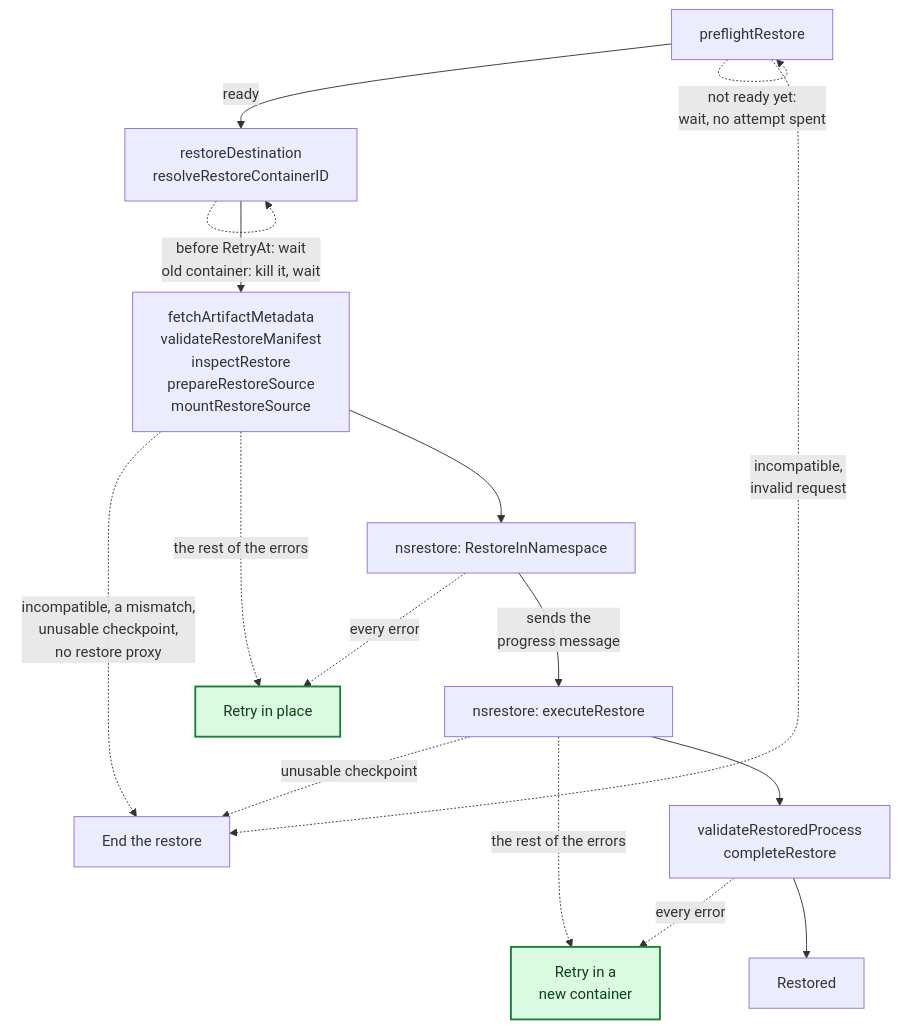
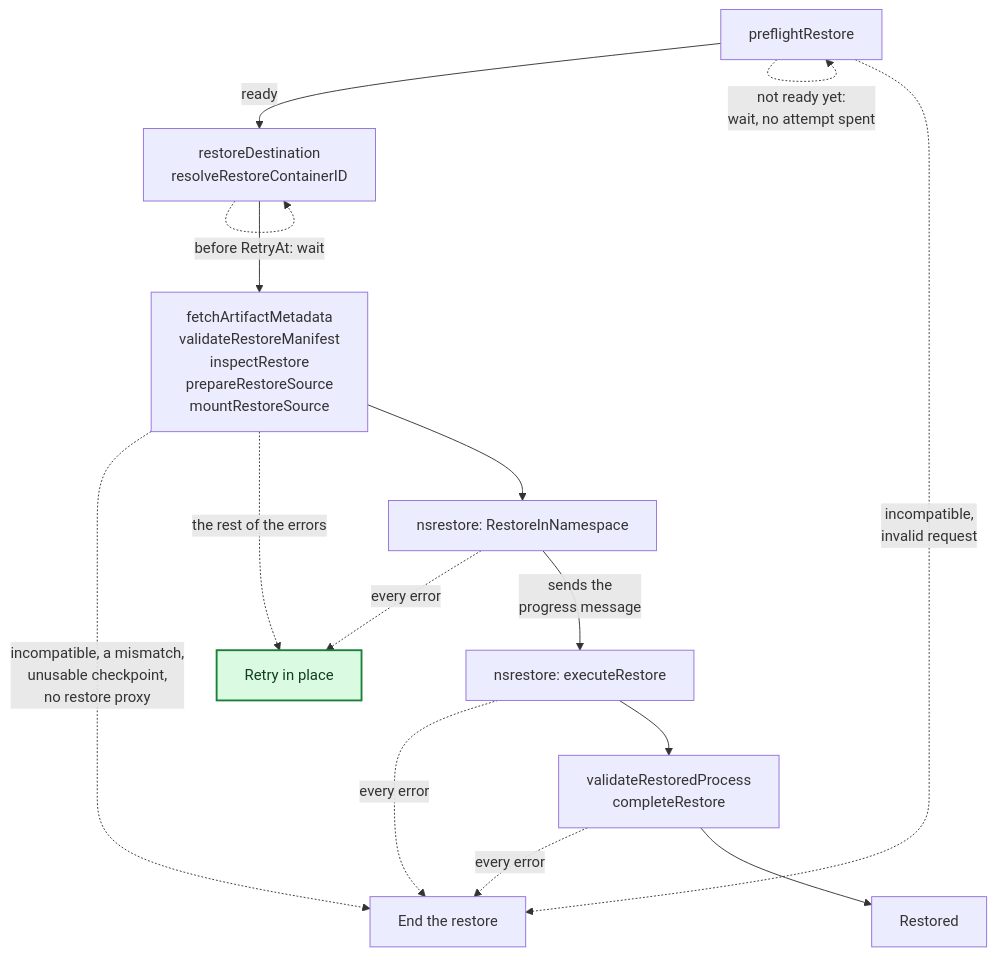
One commit to ai-dynamo/snapshot changed the diagram in docs/proposals/247-restore-retry/README.md. Above: the diagram before and after it, drawn with Mermaid. The commit also changed other lines of this file, not shown here.

Commit message:
docs: retry a restore only in the same container, and end it once the container changed

````diff
--- a/docs/proposals/247-restore-retry/README.md
+++ b/docs/proposals/247-restore-retry/README.md
@@ -75,22 +75,21 @@
 ```mermaid
 %%{init: {"flowchart": {"wrappingWidth": 400}}}%%
 flowchart TD
     Preflight["preflightRestore"] -->|ready| Dest["restoreDestination<br/>resolveRestoreContainerID"]
     Preflight -.->|"not ready yet:<br/>wait, no attempt spent"| Preflight
     Preflight -.->|"incompatible,<br/>invalid request"| End["End the restore"]
-    Dest -.->|"before RetryAt: wait<br/>old container: kill it, wait"| Dest
+    Dest -.->|"before RetryAt: wait"| Dest
     Dest --> Prepare["fetchArtifactMetadata<br/>validateRestoreManifest<br/>inspectRestore<br/>prepareRestoreSource<br/>mountRestoreSource"]
     Prepare -.->|"incompatible, a mismatch,<br/>unusable checkpoint,<br/>no restore proxy"| End
     Prepare -.->|"the rest of the errors"| InPlace["Retry in place"]
     Prepare --> NsPrepare["nsrestore: RestoreInNamespace"]
     NsPrepare -.->|"every error"| InPlace
     NsPrepare -->|"sends the<br/>progress message"| NsChange["nsrestore: executeRestore"]
-    NsChange -.->|"unusable checkpoint"| End
-    NsChange -.->|"the rest of the errors"| Fresh["Retry in a<br/>new container"]
+    NsChange -.->|"every error"| End
     NsChange --> Finish["validateRestoredProcess<br/>completeRestore"]
-    Finish -.->|"every error"| Fresh
+    Finish -.->|"every error"| End
     Finish --> Done["Restored"]
 
     classDef new fill:#dafbe1,stroke:#1a7f37,stroke-width:2px,color:#0f3d1f
-    class InPlace,Fresh new
+    class InPlace new
 ```
````
